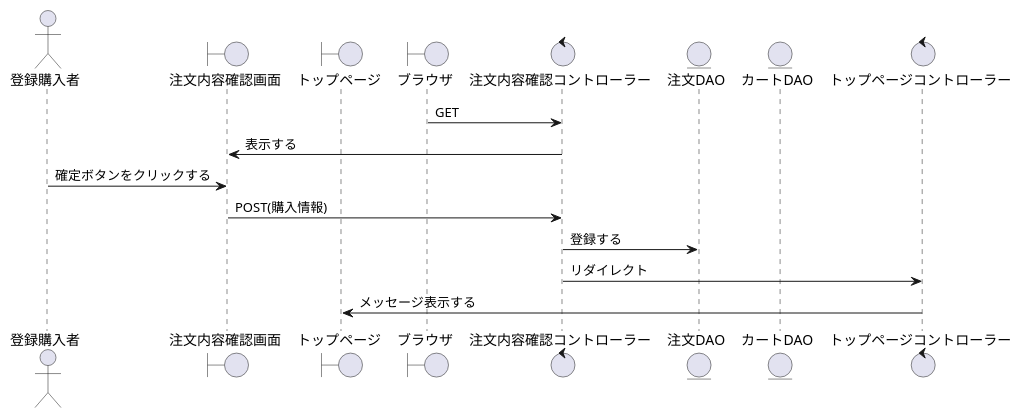
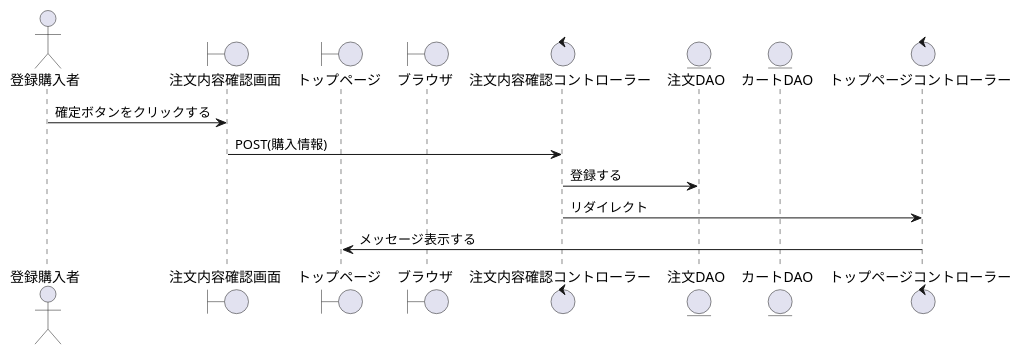
Before and after one commit to SK-B-S/PJ: the diagram in PJ_シーケンス/購入者/購入.wsd, drawn with PlantUML. The commit also changed 10 other files, not shown here.

```diff
--- a/PJ_シーケンス/購入者/購入.wsd
+++ b/PJ_シーケンス/購入者/購入.wsd
@@ -1,21 +1,19 @@
 @startuml 購入
 
 actor    "登録購入者" as account
 boundary "注文内容確認画面" as change_password
 boundary "トップページ" as top
 boundary "ブラウザ" as brz
 control  "注文内容確認コントローラー" as change_password_c
 entity   "注文DAO" as chumon_dao
 entity   "カートDAO" as cart_dao
 control  "トップページコントローラー" as top_c
 
 '-------------------------------------------------------------------------------------------
 
-brz ->  change_password_c : GET
-change_password  <-  change_password_c : 表示する
 account -> change_password : 確定ボタンをクリックする
 change_password -> change_password_c : POST(購入情報)
 chumon_dao <- change_password_c : 登録する
 change_password_c -> top_c : リダイレクト
 top <- top_c : メッセージ表示する
 @enduml
```
